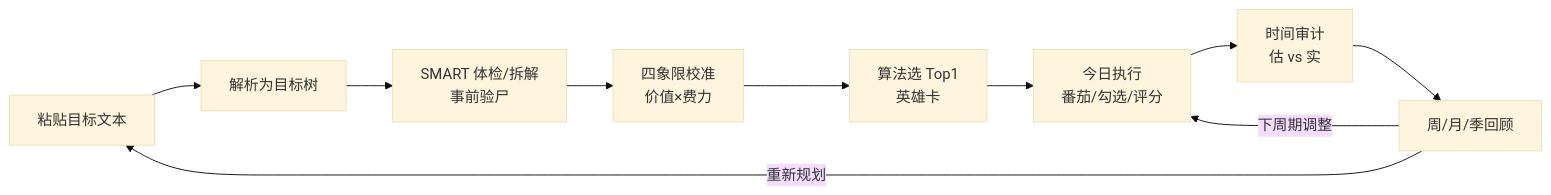
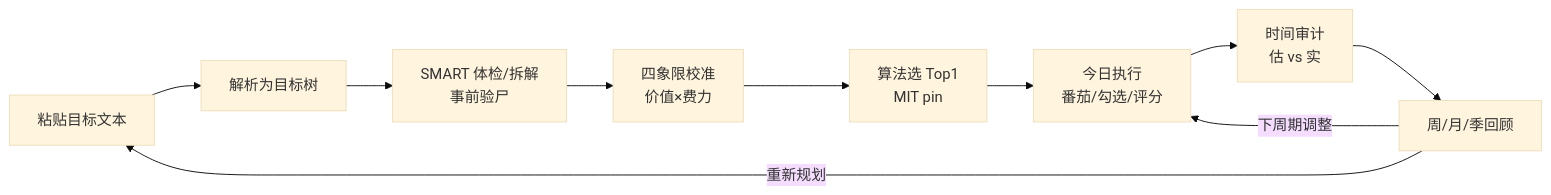
The first of 2 diagrams in docs/PRODUCT-FLOW.md (zihuangning/goalflow), drawn with Mermaid (base theme) before and after one commit. The commit also changed other lines of this file and 59 other files, not shown here.

````diff
--- a/docs/PRODUCT-FLOW.md
+++ b/docs/PRODUCT-FLOW.md
@@ -28,12 +28,12 @@
 ```mermaid
 flowchart LR
     A[粘贴目标文本] --> B[解析为目标树]
     B --> C[SMART 体检/拆解<br/>事前验尸]
     C --> D[四象限校准<br/>价值×费力]
-    D --> E[算法选 Top1<br/>英雄卡]
+    D --> E[算法选 Top1<br/>MIT pin]
     E --> F[今日执行<br/>番茄/勾选/评分]
     F --> G[时间审计<br/>估 vs 实]
     G --> H[周/月/季回顾]
     H -->|下周期调整| F
     H -->|重新规划| A
 ```
````
